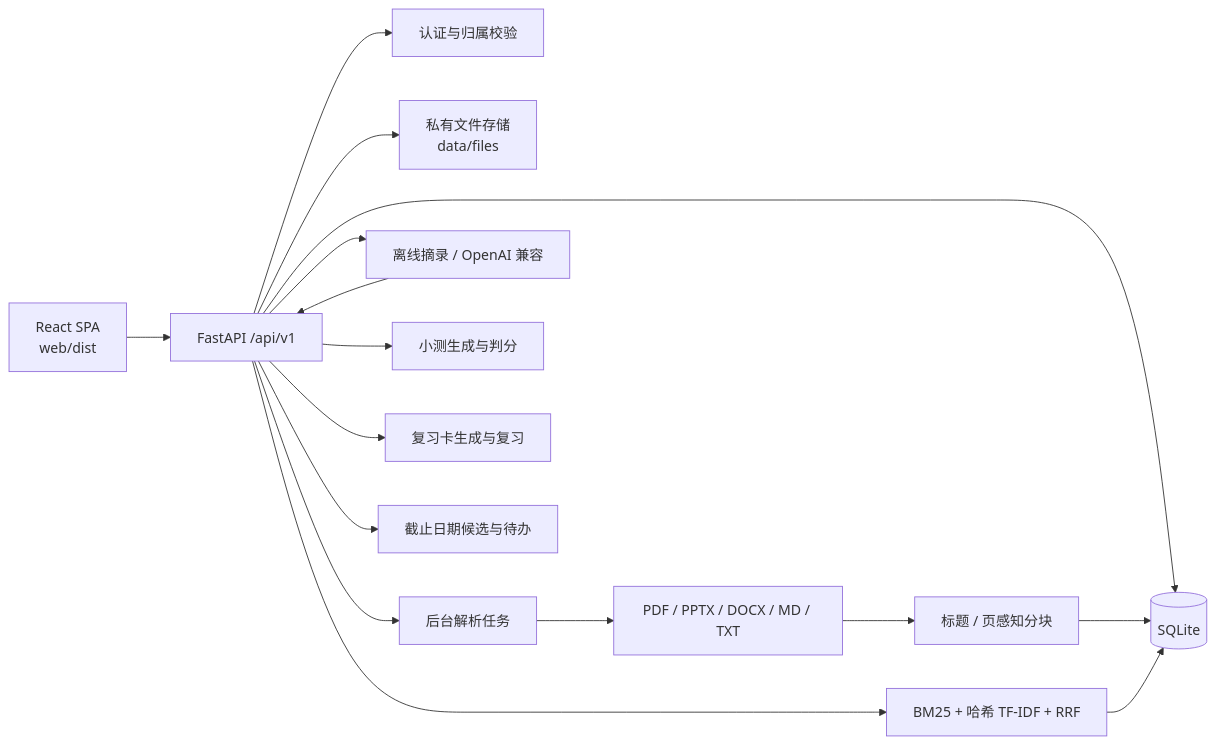
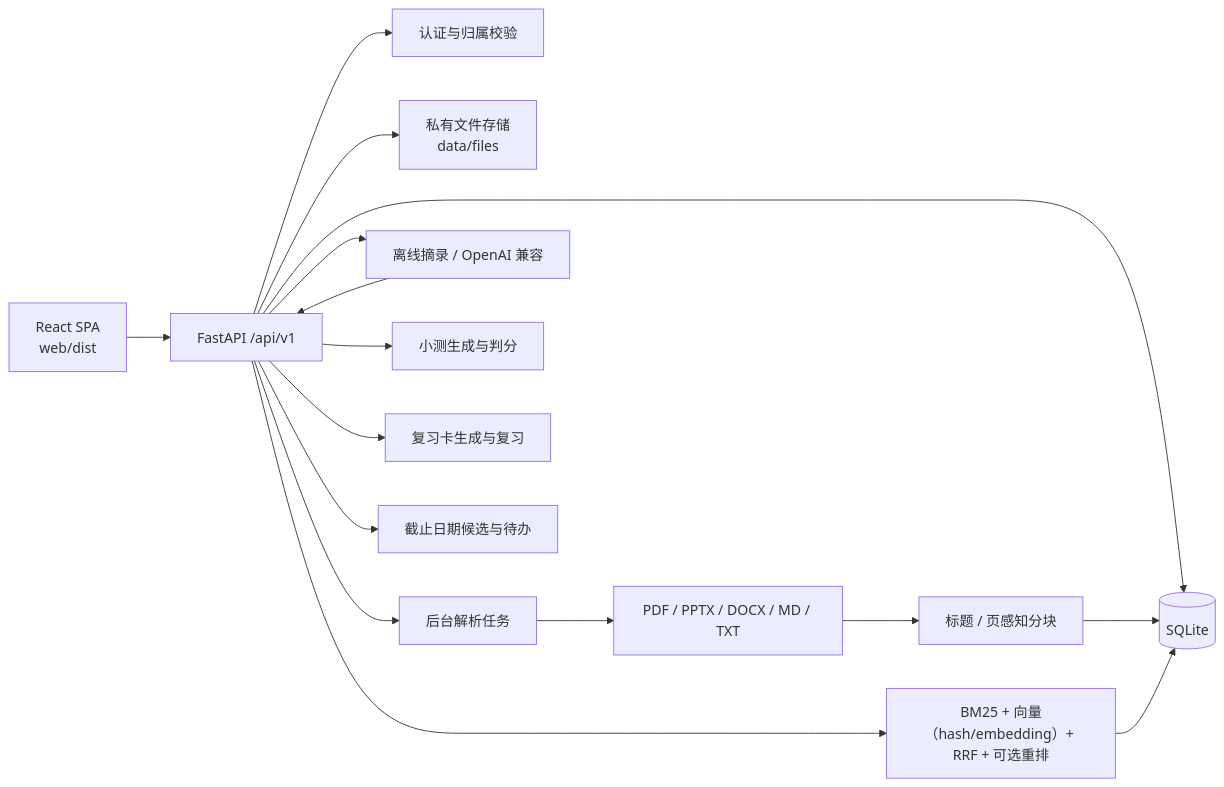
Before and after one commit to CuteMikuOvO2026/CourseMate: the first of 2 diagrams in docs/架构设计.md, drawn with Mermaid. The commit also changed other lines of this file and 5 other files, not shown here.

````diff
--- a/docs/架构设计.md
+++ b/docs/架构设计.md
@@ -25,18 +25,18 @@
 ```mermaid
 flowchart LR
     UI[React SPA<br/>web/dist] --> API[FastAPI /api/v1]
     API --> AUTH[认证与归属校验]
     API --> DB[(SQLite)]
     API --> FS[私有文件存储<br/>data/files]
     API --> INGEST[后台解析任务]
     INGEST --> PARSE[PDF / PPTX / DOCX / MD / TXT]
     PARSE --> CHUNK[标题 / 页感知分块]
     CHUNK --> DB
-    API --> RET[BM25 + 哈希 TF-IDF + RRF]
+    API --> RET[BM25 + 向量（hash/embedding）+ RRF + 可选重排]
     RET --> DB
     API --> ANS[离线摘录 / OpenAI 兼容]
     ANS --> API
     API --> QUIZ[小测生成与判分]
     API --> CARD[复习卡生成与复习]
     API --> TASK[截止日期候选与待办]
 ```
````
